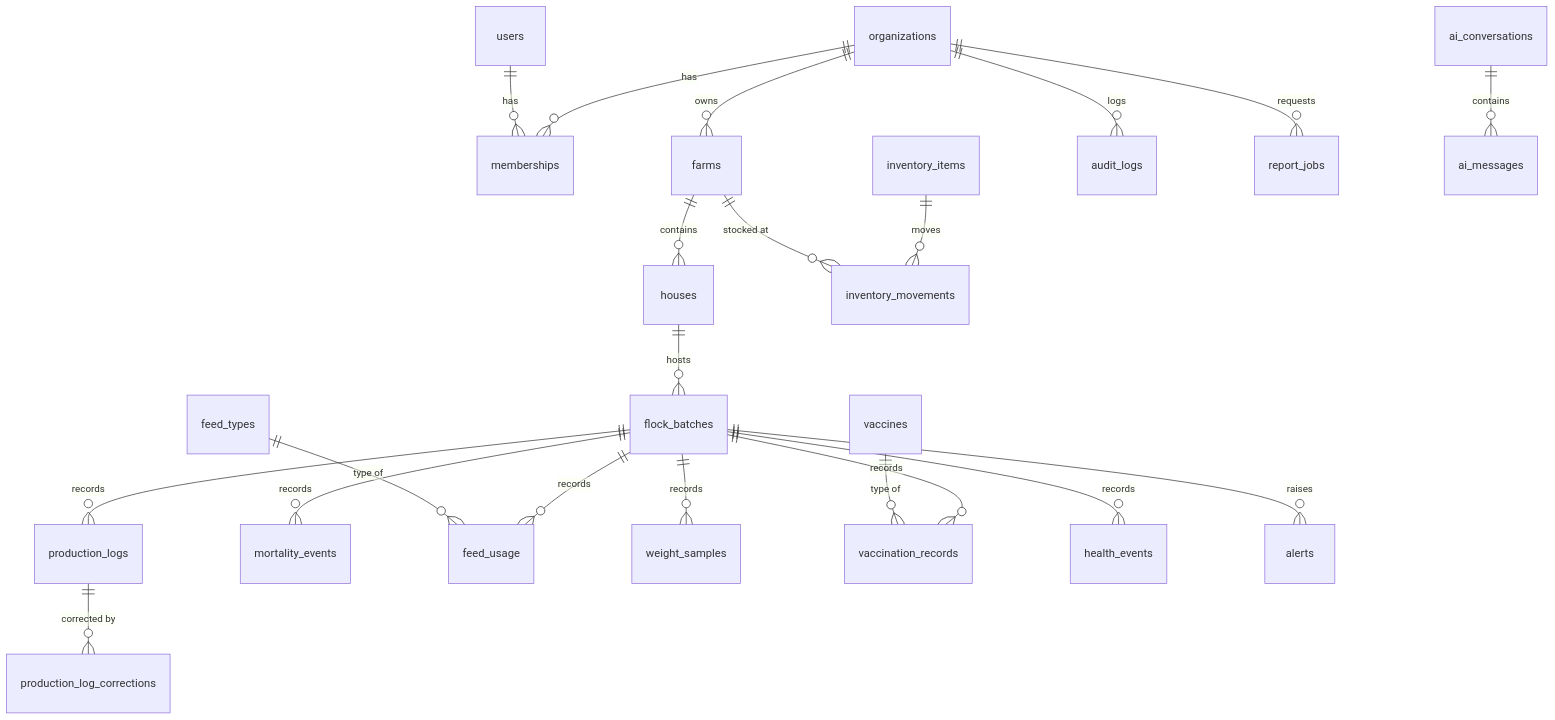
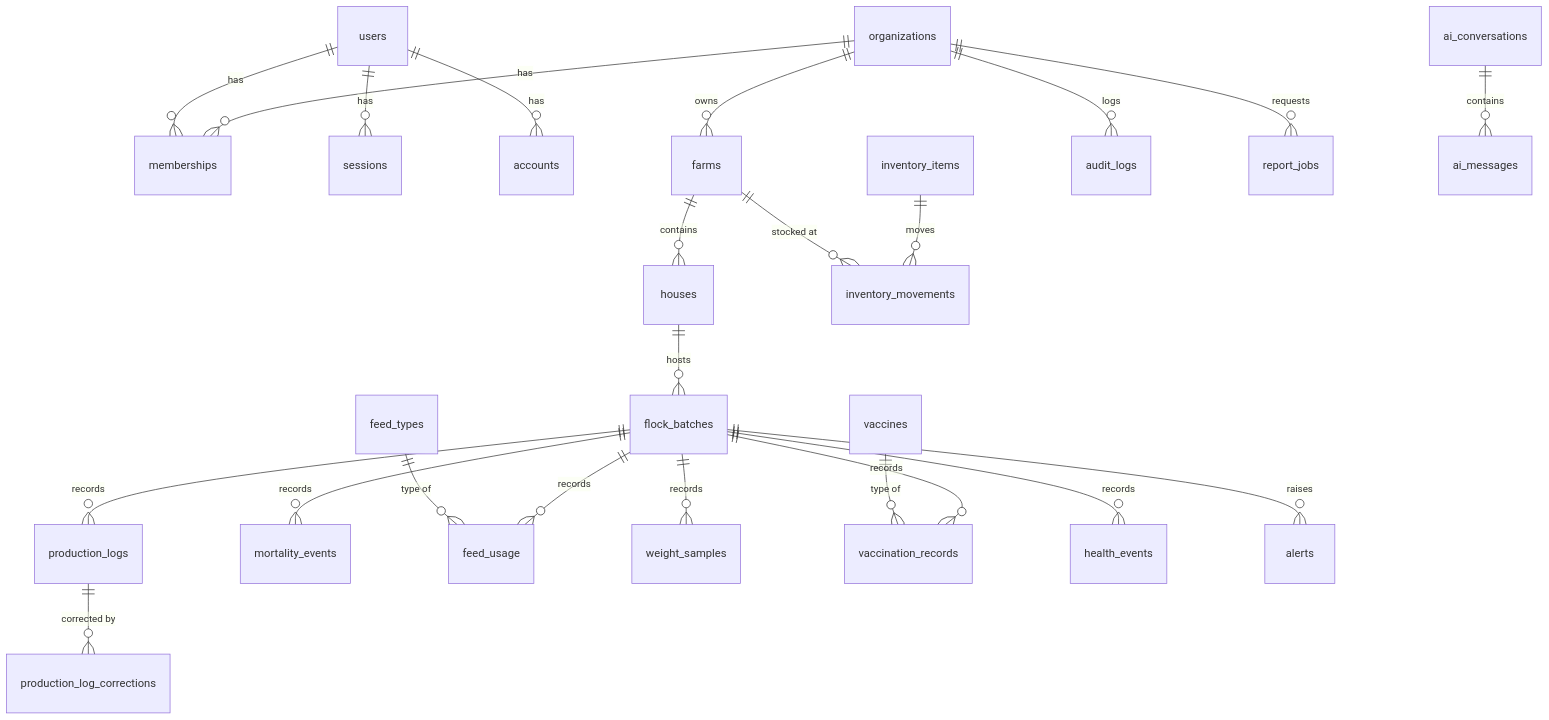
One commit to Abinet16/FarmOS-Intelligence changed the diagram in docs/architecture/data-model.md. Above: the diagram before and after it, drawn with Mermaid. The commit also changed other lines of this file and 1 other file, not shown here.

Commit message:
docs(architecture): document identity tables and actor references

````diff
--- a/docs/architecture/data-model.md
+++ b/docs/architecture/data-model.md
@@ -9,23 +9,25 @@
 ```mermaid
 erDiagram
   organizations ||--o{ memberships : has
   users ||--o{ memberships : has
+  users ||--o{ sessions : has
+  users ||--o{ accounts : has
   organizations ||--o{ farms : owns
   farms ||--o{ houses : contains
   houses ||--o{ flock_batches : hosts
   flock_batches ||--o{ production_logs : records
   production_logs ||--o{ production_log_corrections : "corrected by"
   flock_batches ||--o{ mortality_events : records
   flock_batches ||--o{ feed_usage : records
   feed_types ||--o{ feed_usage : "type of"
   flock_batches ||--o{ weight_samples : records
   flock_batches ||--o{ vaccination_records : records
   vaccines ||--o{ vaccination_records : "type of"
   flock_batches ||--o{ health_events : records
   inventory_items ||--o{ inventory_movements : moves
   farms ||--o{ inventory_movements : "stocked at"
   flock_batches ||--o{ alerts : raises
   organizations ||--o{ audit_logs : logs
   organizations ||--o{ report_jobs : requests
   ai_conversations ||--o{ ai_messages : contains
 ```
````
